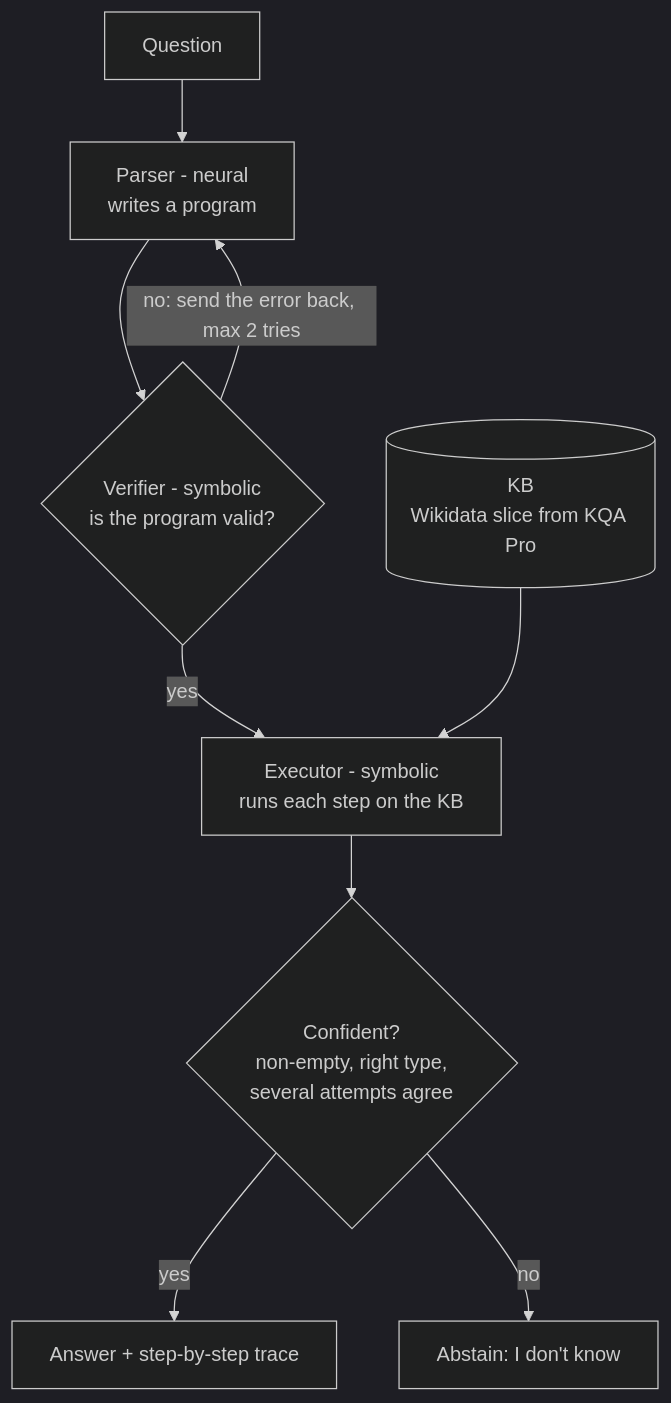
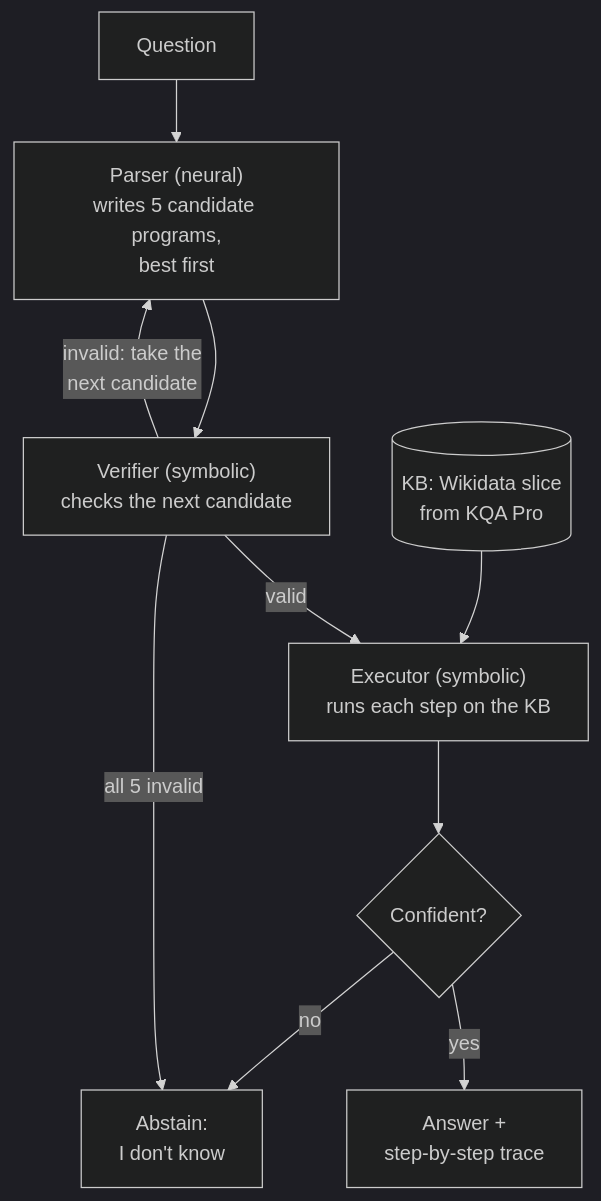
One commit to KalWardin-Dronzer/Neuro-Symbolic_reasoning changed the third of 5 diagrams in docs/01-problem-explained.md. Above: the diagram before and after it, drawn with Mermaid (dark theme). The commit also changed other lines of this file and 1 other file, not shown here.

````diff
--- a/docs/01-problem-explained.md
+++ b/docs/01-problem-explained.md
@@ -108,11 +167,12 @@
 ```mermaid
 flowchart TD
-    Q["Question"] --> P["Parser - neural<br/>writes a program"]
-    P --> V{"Verifier - symbolic<br/>is the program valid?"}
-    V -- "no: send the error back, max 2 tries" --> P
-    V -- yes --> E["Executor - symbolic<br/>runs each step on the KB"]
-    KB[("KB<br/>Wikidata slice from KQA Pro")] --> E
-    E --> C{"Confident?<br/>non-empty, right type,<br/>several attempts agree"}
-    C -- yes --> A["Answer + step-by-step trace"]
-    C -- no --> X["Abstain: I don't know"]
+    Q["Question"] --> P["Parser (neural)<br/>writes 5 candidate programs,<br/>best first"]
+    P --> V["Verifier (symbolic)<br/>checks the next candidate"]
+    V -- "invalid: take the<br/>next candidate" --> P
+    V -- "valid" --> E["Executor (symbolic)<br/>runs each step on the KB"]
+    KB[("KB: Wikidata slice<br/>from KQA Pro")] --> E
+    E --> C{"Confident?"}
+    C -- "yes" --> A["Answer +<br/>step-by-step trace"]
+    C -- "no" --> X["Abstain:<br/>I don't know"]
+    V -- "all 5 invalid" --> X
 ```
````
